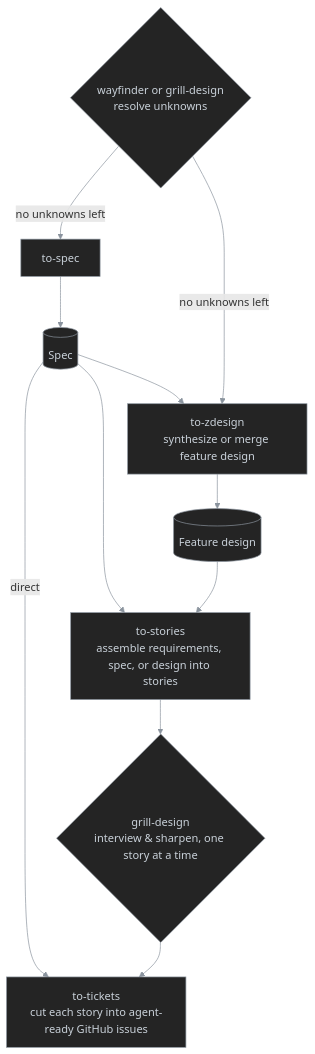
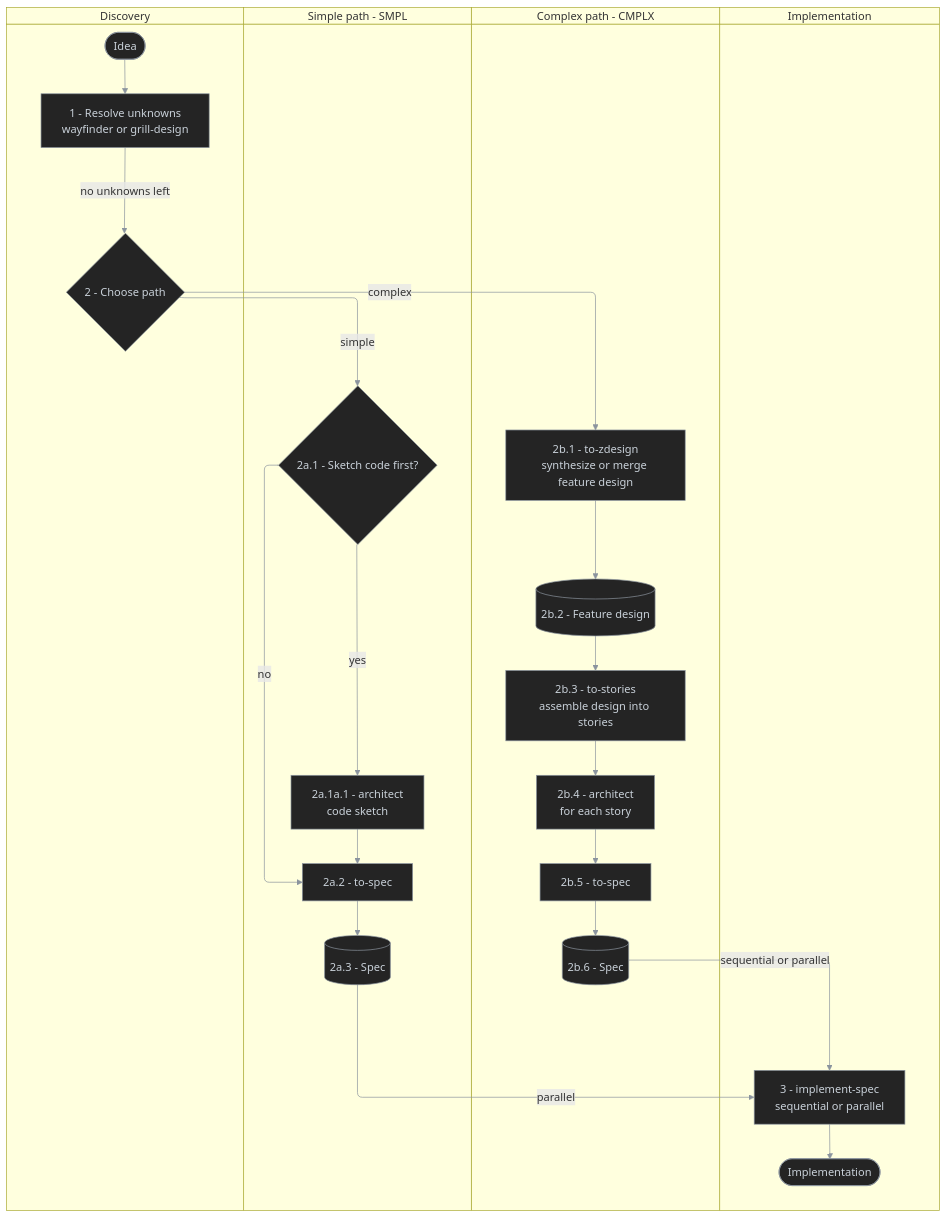
Before and after one commit to antshc/brain: the diagram in plugins/wf/README.md, drawn with Mermaid. The commit also changed 1 other file, not shown here.

Commit message:
feat: refine idea-to-implementation flow documentation with detailed paths and responsibilities

````diff
--- a/plugins/wf/README.md
+++ b/plugins/wf/README.md
@@ -24,27 +24,44 @@
 ```mermaid
 %%{init: {'themeVariables': {'lineColor': '#8b949e'}}}%%
-flowchart TD
-    W{"wayfinder or grill-design<br/>resolve unknowns"}
-    S["to-spec"]
-    SPEC[("Spec")]
-    ZD["to-zdesign<br/>synthesize or merge feature design"]
-    DESIGN[("Feature design")]
-    STORIES["to-stories<br/>assemble requirements, spec, or design into stories"]
-    GRILL{"grill-design<br/>interview & sharpen, one story at a time"}
-    TICKETS["to-tickets<br/>cut each story into agent-ready GitHub issues"]
+%% diagram-id: wf-idea-to-implementation-swimlane
+swimlane-beta TB
+  accTitle: Idea to implementation responsibility
+  accDescr: Shows discovery choosing a simple or complex path, each producing a spec that implement-spec turns into an implementation.
 
-    W -- no unknowns left --> S
-    S --> SPEC
-    SPEC -- direct --> TICKETS
-    SPEC --> STORIES
+  subgraph discovery [Discovery]
+    idea([Idea])
+    resolve[1 - Resolve unknowns<br/>wayfinder or grill-design]
+    choosePath{2 - Choose path}
+  end
 
-    W -- no unknowns left --> ZD
-    SPEC --> ZD
-    ZD --> DESIGN
+  subgraph simple [Simple path - SMPL]
+    sketchFirst{2a.1 - Sketch code first?}
+    smplArchitect[2a.1a.1 - architect<br/>code sketch]
+    smplToSpec[2a.2 - to-spec]
+    smplSpec[(2a.3 - Spec)]
+  end
 
-    DESIGN --> STORIES
-    STORIES --> GRILL
-    GRILL --> TICKETS
+  subgraph complex [Complex path - CMPLX]
+    toZdesign[2b.1 - to-zdesign<br/>synthesize or merge feature design]
+    design[(2b.2 - Feature design)]
+    toStories[2b.3 - to-stories<br/>assemble design into stories]
+    cmplxArchitect[2b.4 - architect<br/>for each story]
+    cmplxToSpec[2b.5 - to-spec]
+    cmplxSpec[(2b.6 - Spec)]
+  end
 
-    classDef default fill:#242424,stroke:#8b949e,color:#c9d1d9,stroke-width:1px
+  subgraph implementation [Implementation]
+    implementSpec[3 - implement-spec<br/>sequential or parallel]
+    done([Implementation])
+  end
+
+  idea --> resolve -->|no unknowns left| choosePath
+  choosePath -->|simple| sketchFirst
+  sketchFirst -->|no| smplToSpec
+  sketchFirst -->|yes| smplArchitect --> smplToSpec
+  smplToSpec --> smplSpec -->|parallel| implementSpec
+  choosePath -->|complex| toZdesign --> design --> toStories --> cmplxArchitect --> cmplxToSpec --> cmplxSpec -->|sequential or parallel| implementSpec
+  implementSpec --> done
+
+  classDef default fill:#242424,stroke:#8b949e,color:#c9d1d9,stroke-width:1px
 ```
````
